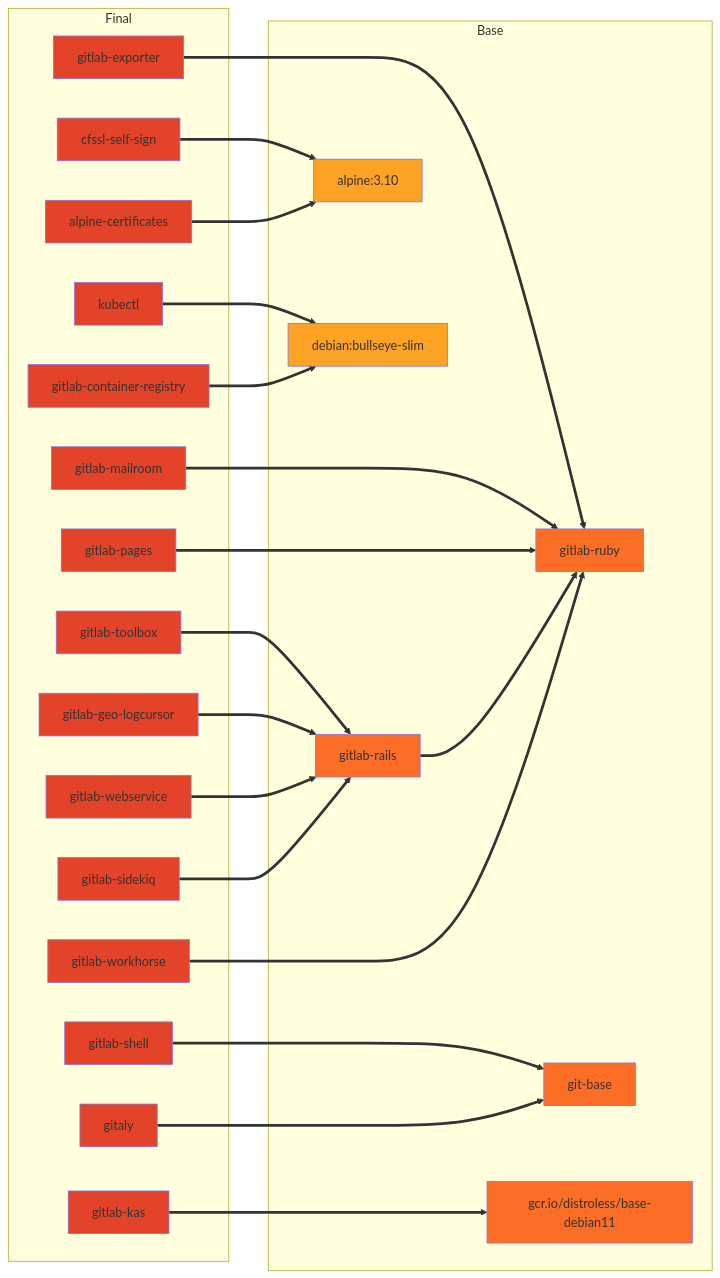
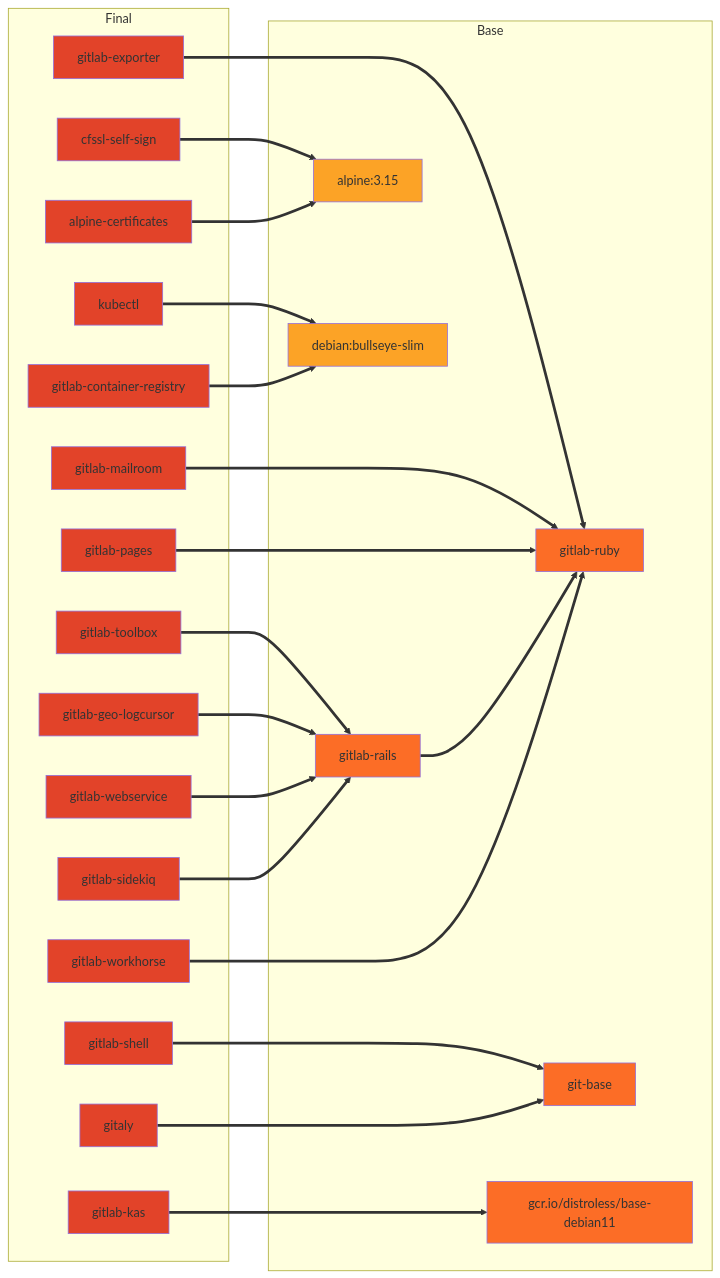
The first of 2 diagrams in docs/build.md (tachyons/gitlab-pages), drawn with Mermaid before and after one commit. The commit also changed other lines of this file and 3 other files, not shown here.

````diff
--- a/docs/build.md
+++ b/docs/build.md
@@ -186,55 +186,55 @@
 ```mermaid
 graph LR;
   subgraph Final
     gitlab-toolbox:::final
     gitlab-webservice:::final
     gitlab-workhorse:::final
     gitlab-sidekiq:::final
     gitlab-geo-logcursor:::final
     gitlab-exporter:::final
     gitlab-mailroom:::final
     gitlab-shell:::final
     gitlab-pages:::final
     gitaly:::final
     gitlab-kas:::final
     kubectl:::final
     gitlab-container-registry:::final
     alpine-certificates:::final
     cfssl-self-sign:::final
   end
 
   subgraph Base
     gitlab-ruby
     gitlab-rails
     git-base
-    alpine[alpine:3.10]:::external;
+    alpine[alpine:3.15]:::external;
     debian[debian:bullseye-slim]:::external;
     gcr.io/distroless/base-debian11
   end
 
   kubectl==>debian;
   cfssl-self-sign==>alpine;
   alpine-certificates==>alpine;
 
   gitlab-toolbox==>gitlab-rails;
   gitlab-geo-logcursor==>gitlab-rails;
   gitlab-webservice==>gitlab-rails;
   gitlab-sidekiq==>gitlab-rails;
 
   gitlab-exporter==>gitlab-ruby;
   gitlab-mailroom===>gitlab-ruby;
   gitlab-pages===>gitlab-ruby
   gitlab-rails==>gitlab-ruby;
   gitlab-workhorse===>gitlab-ruby
 
   gitlab-shell===>git-base;
 
   gitaly===>git-base;
   gitlab-container-registry==>debian
 
   gitlab-kas===>gcr.io/distroless/base-debian11;
 
   classDef default fill:#fc6d26;
   classDef external fill:#fca326;
   classDef final fill:#e24329;
 ```
````
